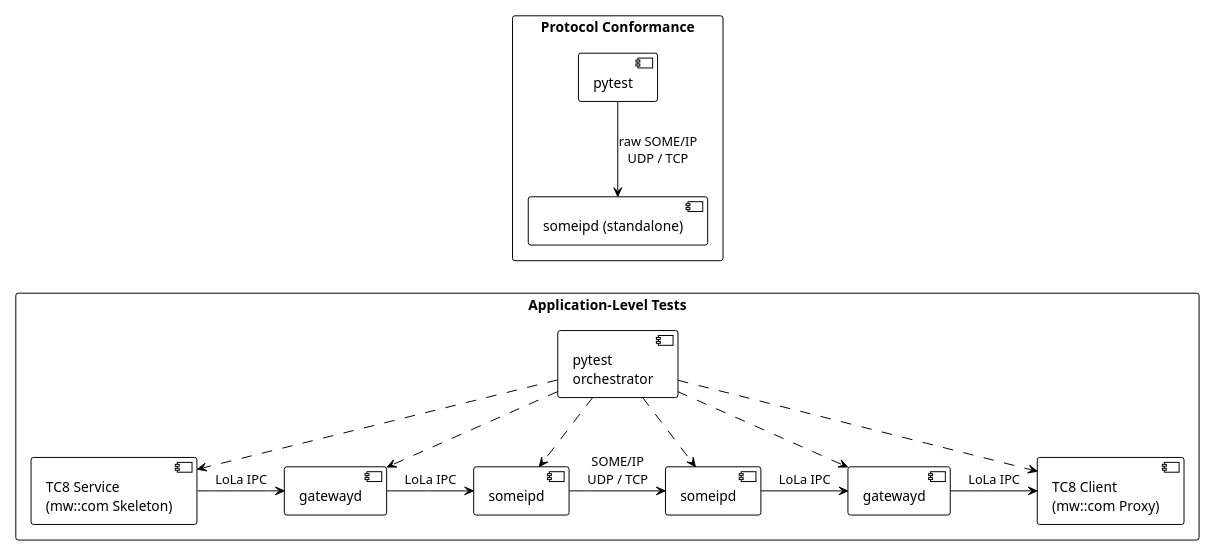
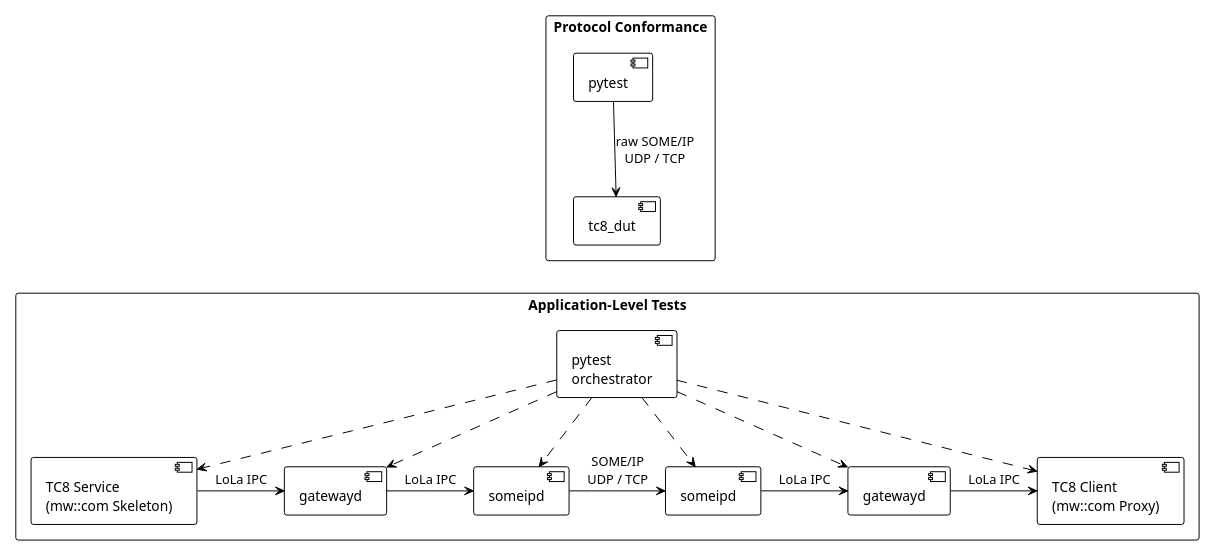
The first of 7 diagrams in docs/architecture/tc8_conformance_testing.rst (eclipse-score/inc_someip_gateway), drawn with PlantUML before and after one commit. The commit also changed other lines of this file, not shown here.

Commit message:
docs(tc8): update architecture doc for someipd_tc8 binary

```diff
--- a/docs/architecture/tc8_conformance_testing.rst
+++ b/docs/architecture/tc8_conformance_testing.rst
@@ -39,40 +39,40 @@
 .. uml::
 
    @startuml
    !theme plain
    scale max 800 width
    skinparam packageStyle rectangle
 
    package "Protocol Conformance" {
      [pytest] as L1Test
-     [someipd (standalone)] as L1DUT
+     [tc8_dut] as L1DUT
      L1Test -down-> L1DUT : raw SOME/IP\nUDP / TCP
    }
 
    package "Application-Level Tests" {
      [pytest\norchestrator] as L2Orch
 
      [TC8 Service\n(mw::com Skeleton)] as L2Svc
      [gatewayd] as L2GW1
      [someipd] as L2SD1
 
      [someipd] as L2SD2
      [gatewayd] as L2GW2
      [TC8 Client\n(mw::com Proxy)] as L2Cli
 
      L2Orch .down.> L2Svc
      L2Orch .down.> L2GW1
      L2Orch .down.> L2SD1
      L2Orch .down.> L2SD2
      L2Orch .down.> L2GW2
      L2Orch .down.> L2Cli
 
      L2Svc -right-> L2GW1 : LoLa IPC
      L2GW1 -right-> L2SD1 : LoLa IPC
      L2SD1 -right-> L2SD2 : SOME/IP\nUDP / TCP
      L2SD2 -right-> L2GW2 : LoLa IPC
      L2GW2 -right-> L2Cli : LoLa IPC
    }
 
    L1DUT -[hidden]down-> L2Orch
    @enduml
```
